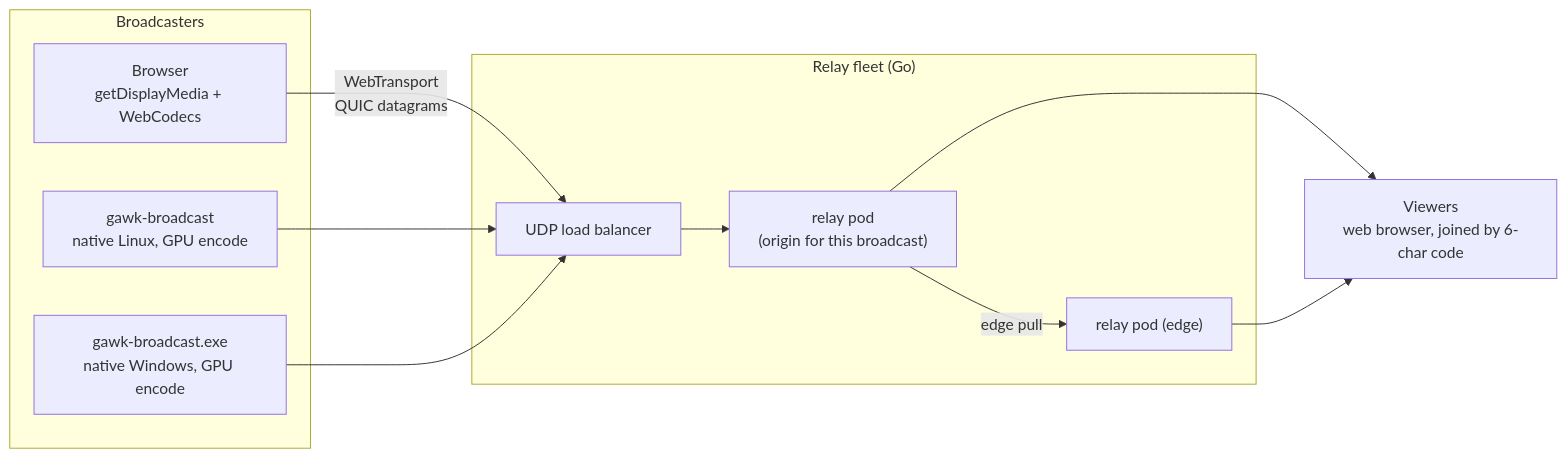
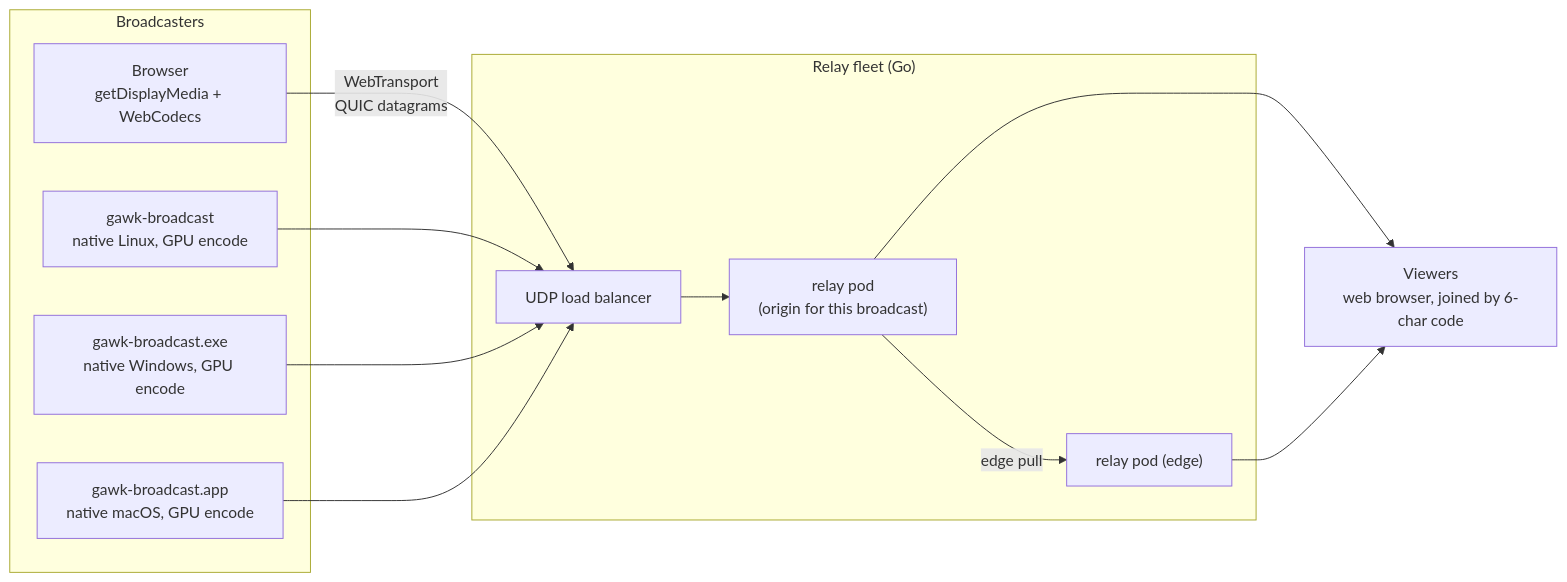
One commit to Tuhis/gawk changed the diagram in README.md. Above: the diagram before and after it, drawn with Mermaid. The commit also changed other lines of this file, not shown here.

First line of the commit message:
docs(readme): reflect the shipped macOS native broadcaster

````diff
--- a/README.md
+++ b/README.md
@@ -69,21 +69,23 @@
 ```mermaid
 flowchart LR
     subgraph SRC["Broadcasters"]
         B1["Browser<br/>getDisplayMedia + WebCodecs"]
         B2["gawk-broadcast<br/>native Linux, GPU encode"]
         B3["gawk-broadcast.exe<br/>native Windows, GPU encode"]
+        B4["gawk-broadcast.app<br/>native macOS, GPU encode"]
     end
     subgraph FLEET["Relay fleet (Go)"]
         LB["UDP load balancer"]
         R1["relay pod<br/>(origin for this broadcast)"]
         R2["relay pod (edge)"]
     end
     V["Viewers<br/>web browser, joined by 6-char code"]
     B1 -- "WebTransport<br/>QUIC datagrams" --> LB
     B2 --> LB
     B3 --> LB
+    B4 --> LB
     LB --> R1
     R1 -- "edge pull" --> R2
     R1 --> V
     R2 --> V
 ```
````
